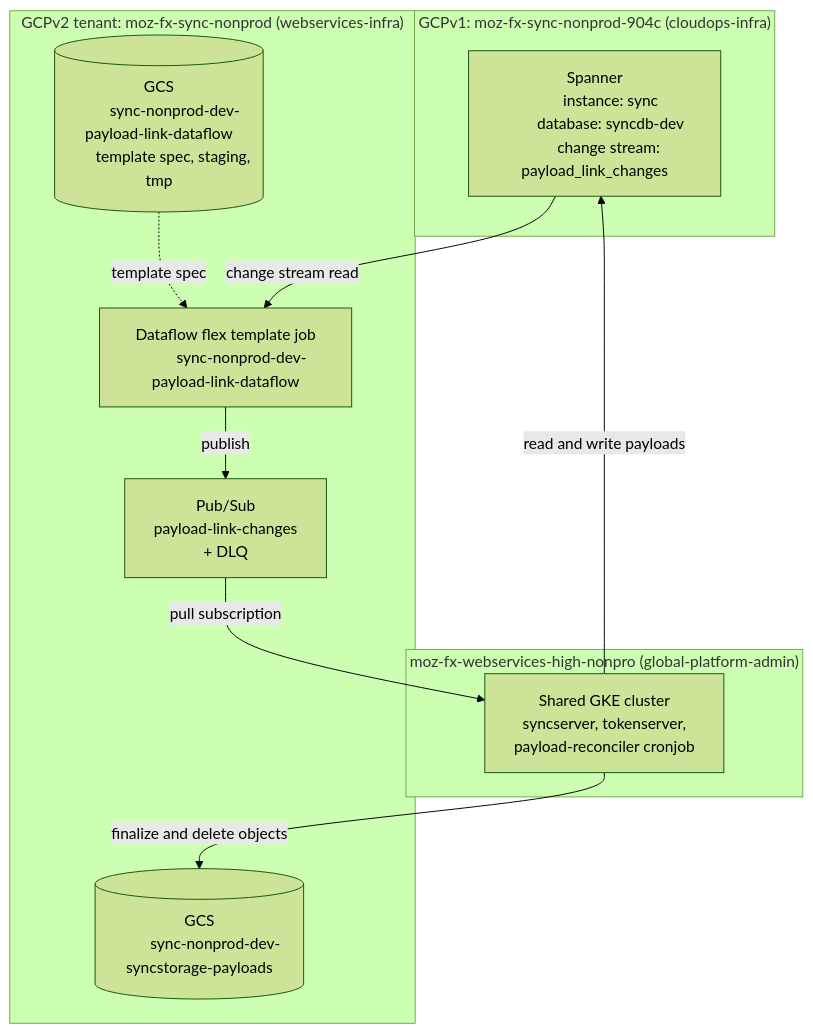
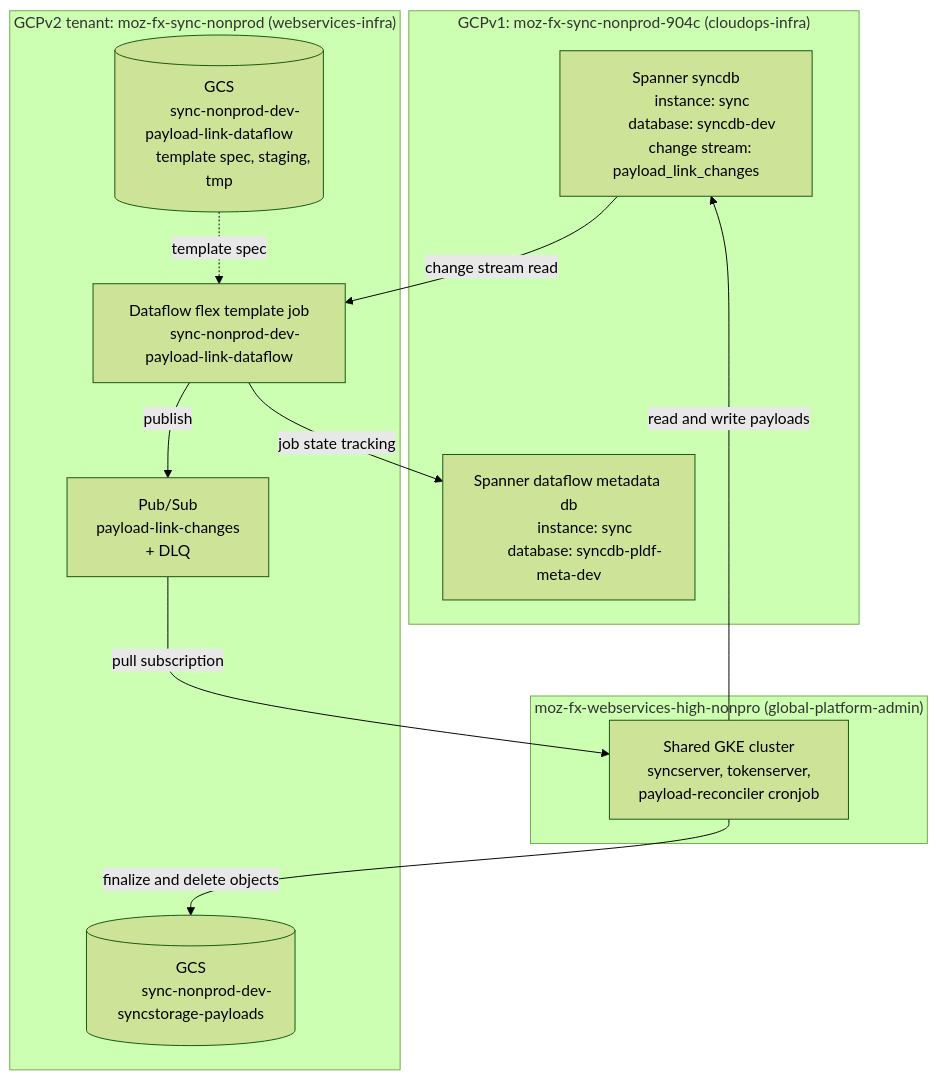
One commit to mozilla-services/syncstorage-rs changed the diagram in docs/src/tools/payload-offload-infrastructure.md. Above: the diagram before and after it, drawn with Mermaid (forest theme).

Commit message:
docs: add the df job's metadata db to the arch diagram (#2525)
Issue STOR-636

````diff
--- a/docs/src/tools/payload-offload-infrastructure.md
+++ b/docs/src/tools/payload-offload-infrastructure.md
@@ -43,35 +43,43 @@
 ```mermaid
 flowchart TB
     subgraph v1["GCPv1: moz-fx-sync-nonprod-904c (cloudops-infra)"]
-        spanner["Spanner
+        syncdb["Spanner syncdb
         instance: sync
         database: syncdb-dev
         change stream: payload_link_changes"]
+    end
+
+    subgraph v1["GCPv1: moz-fx-sync-nonprod-904c (cloudops-infra)"]
+        meta-db["Spanner dataflow metadata db
+        instance: sync
+        database: syncdb-pldf-meta-dev"]
     end
 
     subgraph high["moz-fx-webservices-high-nonpro (global-platform-admin)"]
         gke["Shared GKE cluster
         syncserver, tokenserver,
         payload-reconciler cronjob"]
     end
 
     subgraph tenant["GCPv2 tenant: moz-fx-sync-nonprod (webservices-infra)"]
         df["Dataflow flex template job
         sync-nonprod-dev-payload-link-dataflow"]
         topic["Pub/Sub
         payload-link-changes
         + DLQ"]
         payloads[("GCS
         sync-nonprod-dev-syncstorage-payloads")]
         jobbucket[("GCS
         sync-nonprod-dev-payload-link-dataflow
         template spec, staging, tmp")]
     end
 
-    spanner -->|change stream read| df
+    syncdb -->|change stream read| df
     df -->|publish| topic
+    df -->|job state tracking| meta-db
     jobbucket -.->|template spec| df
     topic -->|pull subscription| gke
     gke -->|finalize and delete objects| payloads
-    gke -->|read and write payloads| spanner
+    gke -->|read and write payloads| syncdb
+
 ```
````
